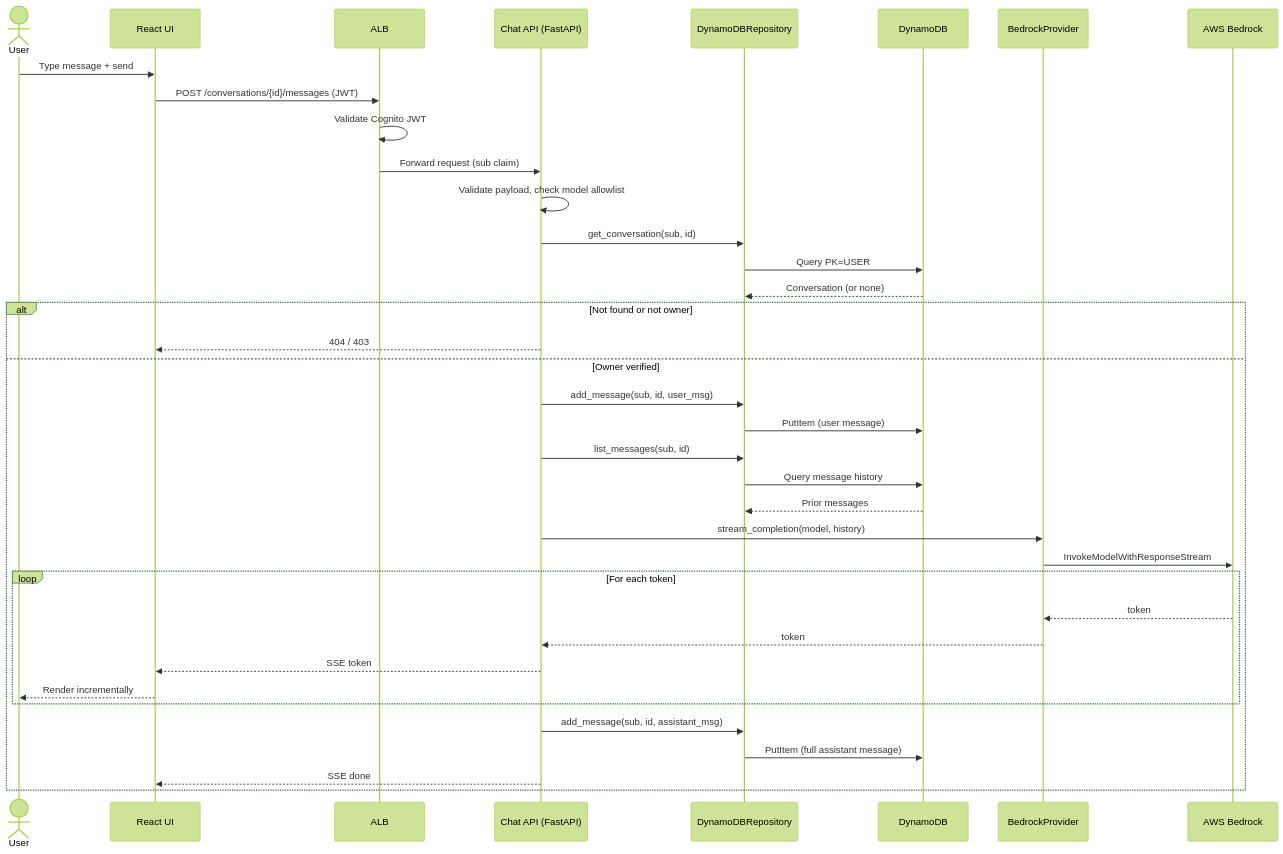
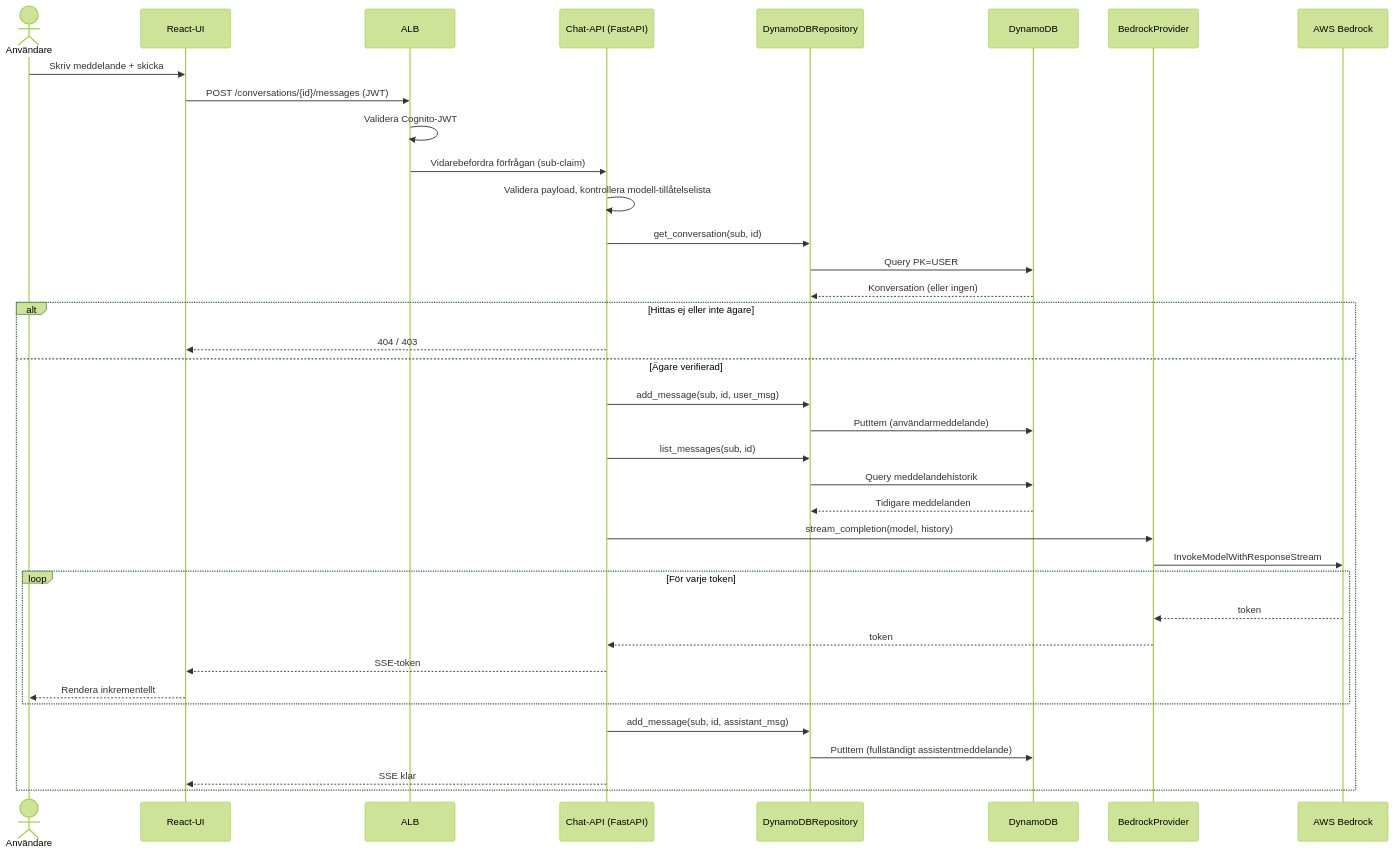
The second of 2 diagrams in docs/architecture.md (quaspar/lansforsakringar), drawn with Mermaid (forest theme) before and after one commit. The commit also changed other lines of this file and 1 other file, not shown here.

First line of the commit message:
Translate README and architecture docs to Swedish

````diff
--- a/docs/architecture.md
+++ b/docs/architecture.md
@@ -194,40 +193,40 @@
 ```mermaid
 sequenceDiagram
-    actor User
-    participant UI as React UI
+    actor User as Användare
+    participant UI as React-UI
     participant ALB
-    participant API as Chat API (FastAPI)
+    participant API as Chat-API (FastAPI)
     participant Repo as DynamoDBRepository
     participant DDB as DynamoDB
     participant LLM as BedrockProvider
     participant BR as AWS Bedrock
 
-    User->>UI: Type message + send
+    User->>UI: Skriv meddelande + skicka
     UI->>ALB: POST /conversations/{id}/messages (JWT)
-    ALB->>ALB: Validate Cognito JWT
-    ALB->>API: Forward request (sub claim)
-    API->>API: Validate payload, check model allowlist
+    ALB->>ALB: Validera Cognito-JWT
+    ALB->>API: Vidarebefordra förfrågan (sub-claim)
+    API->>API: Validera payload, kontrollera modell-tillåtelselista
     API->>Repo: get_conversation(sub, id)
     Repo->>DDB: Query PK=USER#sub, SK=CONV#id
-    DDB-->>Repo: Conversation (or none)
-    alt Not found or not owner
+    DDB-->>Repo: Konversation (eller ingen)
+    alt Hittas ej eller inte ägare
         API-->>UI: 404 / 403
-    else Owner verified
+    else Ägare verifierad
         API->>Repo: add_message(sub, id, user_msg)
-        Repo->>DDB: PutItem (user message)
+        Repo->>DDB: PutItem (användarmeddelande)
         API->>Repo: list_messages(sub, id)
-        Repo->>DDB: Query message history
-        DDB-->>Repo: Prior messages
+        Repo->>DDB: Query meddelandehistorik
+        DDB-->>Repo: Tidigare meddelanden
         API->>LLM: stream_completion(model, history)
         LLM->>BR: InvokeModelWithResponseStream
-        loop For each token
+        loop För varje token
             BR-->>LLM: token
             LLM-->>API: token
-            API-->>UI: SSE token
-            UI-->>User: Render incrementally
+            API-->>UI: SSE-token
+            UI-->>User: Rendera inkrementellt
         end
         API->>Repo: add_message(sub, id, assistant_msg)
-        Repo->>DDB: PutItem (full assistant message)
-        API-->>UI: SSE done
+        Repo->>DDB: PutItem (fullständigt assistentmeddelande)
+        API-->>UI: SSE klar
     end
 ```
````
